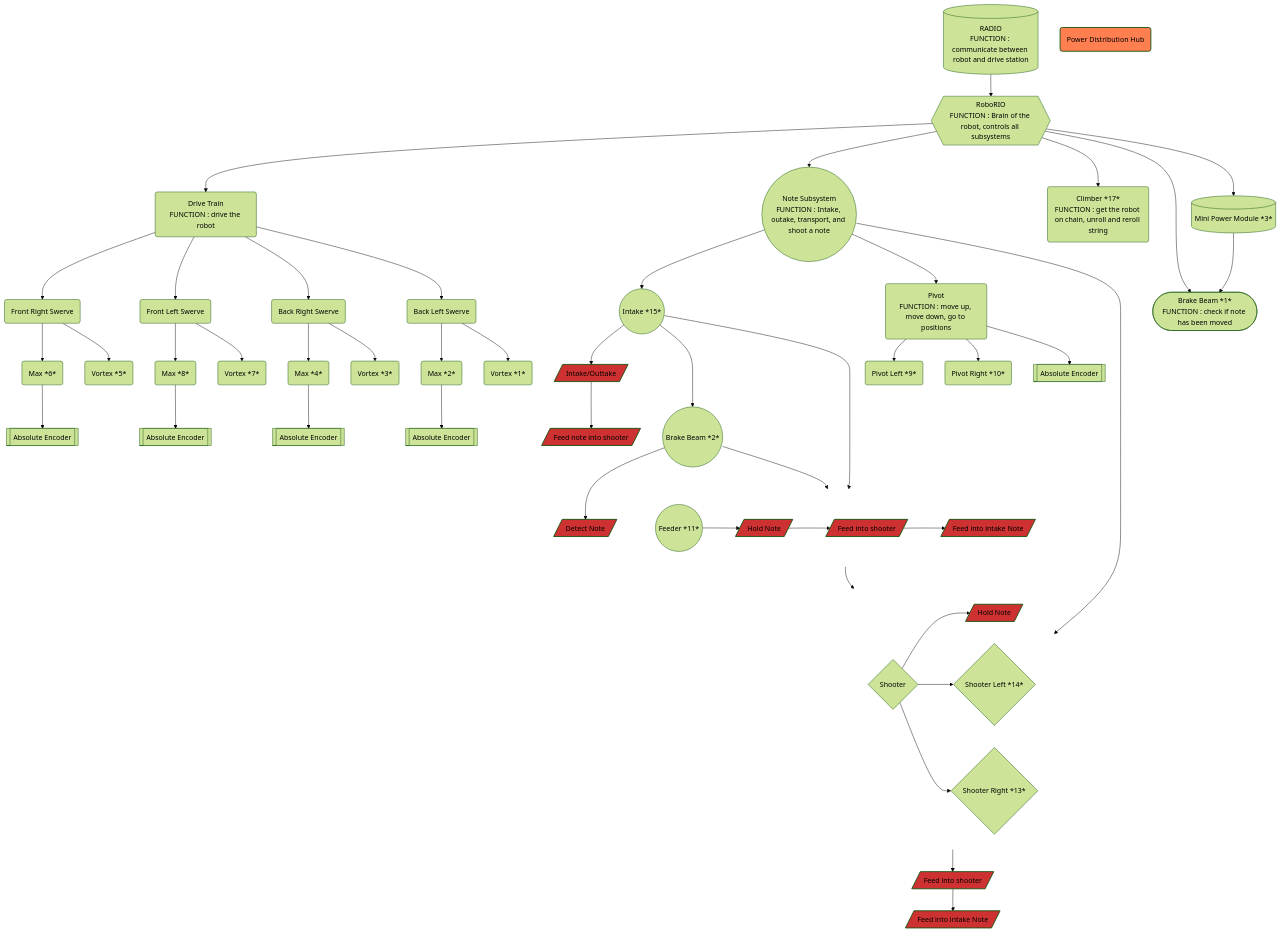
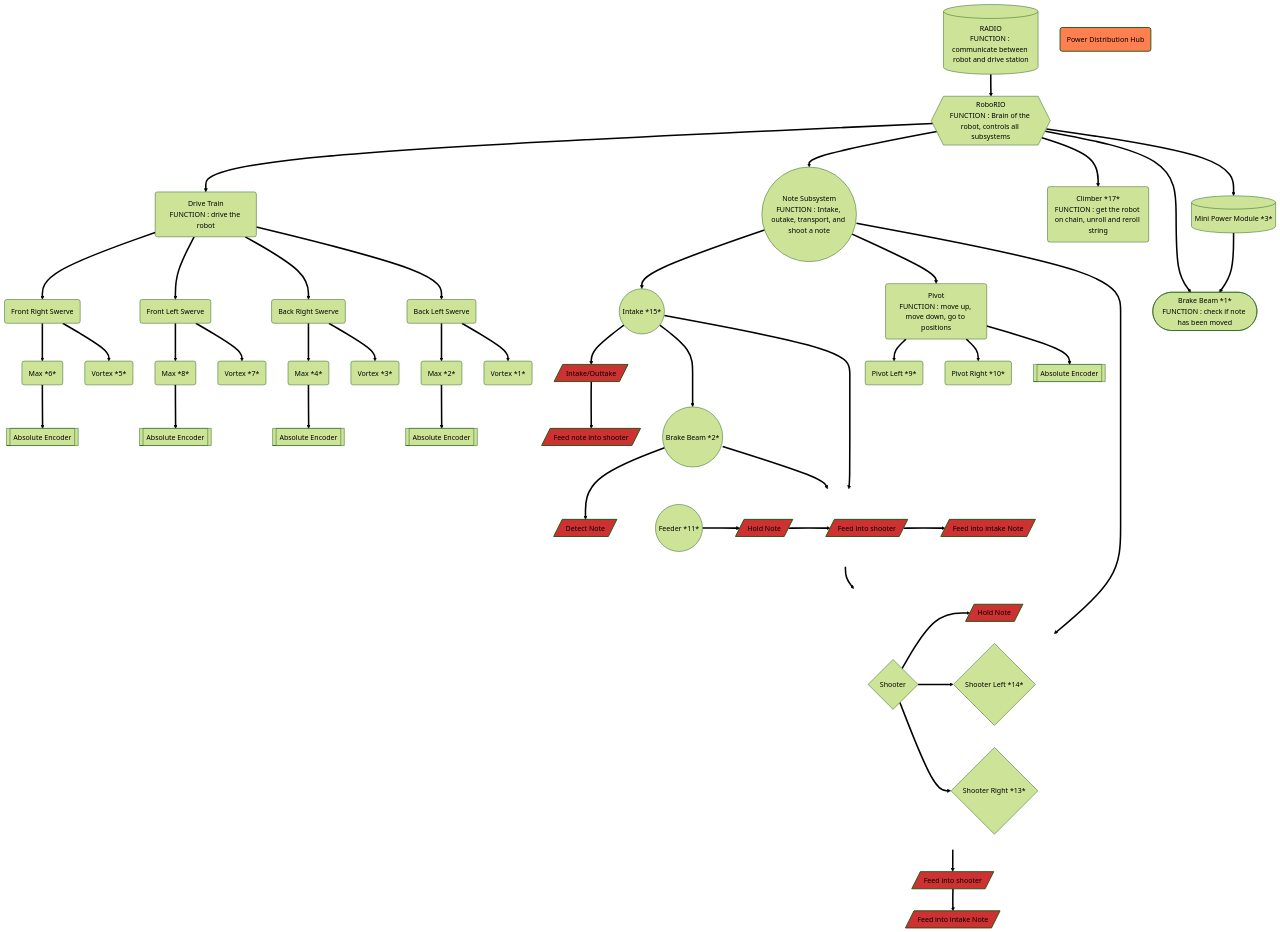
Before and after one commit to richardson-area-wide-robotics/Frc24-Crescendo-1745-OffSeason-AdvantageKit: the diagram in tony_graphs.md, drawn with Mermaid (forest theme).

Commit message:
THICC.md

````diff
--- a/tony_graphs.md
+++ b/tony_graphs.md
@@ -1,81 +1,81 @@
 ```mermaid
 
 graph TD;
     subgraph invisibleShooterGroup
         direction LR
         ShooterSystem{Shooter};
-        ShooterSystem-->FUNCSHOOTER;
-        ShooterSystem-->ShooterLeft{Shooter Left *14*};
-        ShooterSystem-->ShooterRight{Shooter Right *13*};
+        ShooterSystem==>FUNCSHOOTER;
+        ShooterSystem==>ShooterLeft{Shooter Left *14*};
+        ShooterSystem==>ShooterRight{Shooter Right *13*};
     end
 
 subgraph invisibleFeederGroup
         direction LR
-        FeederSystem -->FUNCFEEDER;
-        FUNCFEEDER[/Hold Note/] -->FUNCFEEDER2;
-        FUNCFEEDER2[/Feed into shooter/] --> FUNCFEEDER3;
+        FeederSystem ==>FUNCFEEDER;
+        FUNCFEEDER[/Hold Note/] ==>FUNCFEEDER2;
+        FUNCFEEDER2[/Feed into shooter/] ==> FUNCFEEDER3;
         FUNCFEEDER3[/Feed into intake Note/];
     end
 
     RoboRIO{{RoboRIO
-FUNCTION : Brain of the robot, controls all subsystems}}-->DriveTrain;
+FUNCTION : Brain of the robot, controls all subsystems}}==>DriveTrain;
     DriveTrain(Drive Train
 FUNCTION : drive the robot );
-    RoboRIO-->NoteSubsystem((Note Subsystem
+    RoboRIO==>NoteSubsystem((Note Subsystem
 FUNCTION : Intake, outake, transport, and shoot a note));
-    NoteSubsystem-->IntakeSystem((Intake *15*));
-    NoteSubsystem-->ShooterSystem;
-    RoboRIO-->ClimberSystem(Climber *17*
+    NoteSubsystem==>IntakeSystem((Intake *15*));
+    NoteSubsystem==>ShooterSystem;
+    RoboRIO==>ClimberSystem(Climber *17*
 FUNCTION : get the robot on chain, unroll and reroll string);
-    IntakeSystem-->FeederSystem((Feeder *11*))-->ShooterSystem;
-    IntakeSystem-->FUNCINTAKE1;
-    NoteSubsystem-->PivotSystem(Pivot
+    IntakeSystem==>FeederSystem((Feeder *11*))==>ShooterSystem;
+    IntakeSystem==>FUNCINTAKE1;
+    NoteSubsystem==>PivotSystem(Pivot
 FUNCTION : move up, move down, go to positions);
-    PivotSystem-->PivotLeft(Pivot Left *9*);
-    PivotSystem-->PivotRight(Pivot Right *10*);
-    DriveTrain-->FrontRightSwerve(Front Right Swerve);
-    DriveTrain-->FrontLeftSwerve(Front Left Swerve);
-    DriveTrain-->BackRightSwerve(Back Right Swerve);
-    DriveTrain-->BackLeftSwerve(Back Left Swerve);
-    FrontRightSwerve-->MaxFR(Max *6*);
-    FrontLeftSwerve-->MaxFL(Max *8*);
-    BackRightSwerve-->MaxBR(Max *4*);
-    BackLeftSwerve-->MaxBL(Max *2*);
-    FrontRightSwerve-->VortexFR(Vortex *5*);
-    FrontLeftSwerve-->VortexFL(Vortex *7*);
-    BackRightSwerve-->VortexBR(Vortex *3*);
-    BackLeftSwerve-->VortexBL(Vortex *1*);
-    MaxFR-->EncoderFR[[Absolute Encoder]];
-    MaxFL-->EncoderFL[[Absolute Encoder]];
-    MaxBR-->EncoderBR[[Absolute Encoder]];
-    MaxBL-->EncoderBL[[Absolute Encoder]];
-    PivotSystem-->PivotEncoder[[Absolute Encoder]];
-    IntakeSystem--->BrakeBeamNote((Brake Beam *2*))-->FeederSystem;
-    BrakeBeamNote-->FUNCBREAKBEAM;
-    RoboRIO-->ShooterBrakeBeam([Brake Beam *1*
+    PivotSystem==>PivotLeft(Pivot Left *9*);
+    PivotSystem==>PivotRight(Pivot Right *10*);
+    DriveTrain==>FrontRightSwerve(Front Right Swerve);
+    DriveTrain==>FrontLeftSwerve(Front Left Swerve);
+    DriveTrain==>BackRightSwerve(Back Right Swerve);
+    DriveTrain==>BackLeftSwerve(Back Left Swerve);
+    FrontRightSwerve==>MaxFR(Max *6*);
+    FrontLeftSwerve==>MaxFL(Max *8*);
+    BackRightSwerve==>MaxBR(Max *4*);
+    BackLeftSwerve==>MaxBL(Max *2*);
+    FrontRightSwerve==>VortexFR(Vortex *5*);
+    FrontLeftSwerve==>VortexFL(Vortex *7*);
+    BackRightSwerve==>VortexBR(Vortex *3*);
+    BackLeftSwerve==>VortexBL(Vortex *1*);
+    MaxFR==>EncoderFR[[Absolute Encoder]];
+    MaxFL==>EncoderFL[[Absolute Encoder]];
+    MaxBR==>EncoderBR[[Absolute Encoder]];
+    MaxBL==>EncoderBL[[Absolute Encoder]];
+    PivotSystem==>PivotEncoder[[Absolute Encoder]];
+    IntakeSystem===>BrakeBeamNote((Brake Beam *2*))==>FeederSystem;
+    BrakeBeamNote==>FUNCBREAKBEAM;
+    RoboRIO==>ShooterBrakeBeam([Brake Beam *1*
 FUNCTION : check if note has been moved]);
-    RoboRIO-->MiniPowerModule[(Mini Power Module *3*)]-->ShooterBrakeBeam;
+    RoboRIO==>MiniPowerModule[(Mini Power Module *3*)]==>ShooterBrakeBeam;
     RADIO[(RADIO
-FUNCTION : communicate between robot and drive station)]-->RoboRIO;
-    FUNCINTAKE1[/Intake/Outtake/]-->FUNCINTAKE2;
+FUNCTION : communicate between robot and drive station)]==>RoboRIO;
+    FUNCINTAKE1[/Intake/Outtake/]==>FUNCINTAKE2;
     FUNCINTAKE2[/Feed note into shooter/];
     FUNCBREAKBEAM[/Detect Note/];
-    FUNCSHOOTER[/Hold Note/] -->FUNCSHOOTER2;
-    FUNCSHOOTER2[/Feed into shooter/] --> FUNCSHOOTER3;
+    FUNCSHOOTER[/Hold Note/] ==>FUNCSHOOTER2;
+    FUNCSHOOTER2[/Feed into shooter/] ==> FUNCSHOOTER3;
     FUNCSHOOTER3[/Feed into intake Note/];
 
     PDH(Power Distribution Hub);
 
     classDef fuctionStyle fill:#ce3131,stroke-width:2px,color:#000;
     class FUNCINTAKE1,FUNCINTAKE2,FUNCINTAKE3,FUNCBREAKBEAM,FUNCFEEDER,FUNCFEEDER2,FUNCFEEDER3,FUNCSHOOTER,FUNCSHOOTER2,FUNCSHOOTER3 fuctionStyle;
 
     classDef invisible fill:none,stroke:none,color:transparent;
     class invisibleShooterGroup,invisibleFeederGroup invisible;
 
     classDef powerStyle fill:#ff7f50,stroke-width:2px,color:#000;
     class PDH powerStyle;
 
     linkStyle default interpolate basis;
 
 
 ```
````
